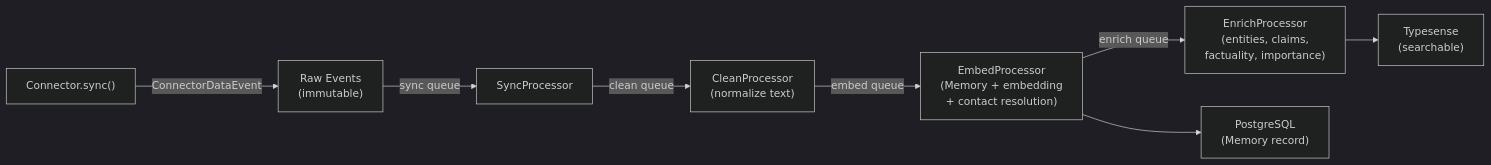
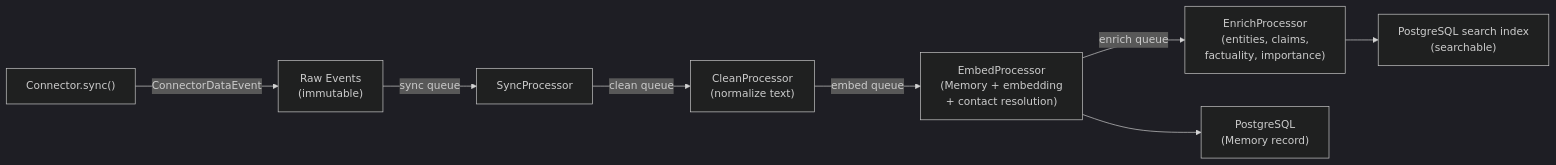
The third of 5 diagrams in docs/architecture/HLD.md (botmem/botmem), drawn with Mermaid (dark theme) before and after one commit. The commit also changed other lines of this file and 117 other files, not shown here.

Commit message:
feat: move search index into postgres

````diff
--- a/docs/architecture/HLD.md
+++ b/docs/architecture/HLD.md
@@ -151,10 +151,10 @@
 ```mermaid
 flowchart LR
     A["Connector.sync()"] -->|"ConnectorDataEvent"| B["Raw Events<br/>(immutable)"]
     B -->|"sync queue"| C["SyncProcessor"]
     C -->|"clean queue"| D["CleanProcessor<br/>(normalize text)"]
     D -->|"embed queue"| E["EmbedProcessor<br/>(Memory + embedding<br/>+ contact resolution)"]
     E -->|"enrich queue"| F["EnrichProcessor<br/>(entities, claims,<br/>factuality, importance)"]
-    F --> G["Typesense<br/>(searchable)"]
+    F --> G["PostgreSQL search index<br/>(searchable)"]
     E --> H["PostgreSQL<br/>(Memory record)"]
 ```
````
